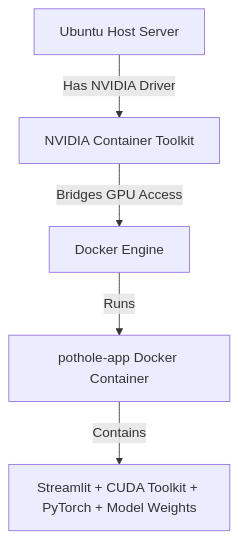
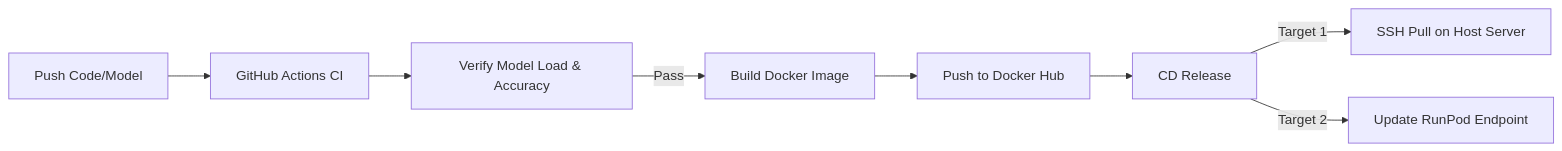
Before and after one commit to ssllsaiful/deployment: the diagram in AI-Deployment/deployment.md, drawn with Mermaid. The commit also changed other lines of this file and 3 other files, not shown here.

````diff
--- a/AI-Deployment/deployment.md
+++ b/AI-Deployment/deployment.md
@@ -77,7 +158,10 @@
 ```mermaid
-graph TD
-    A[Ubuntu Host Server] -->|Has NVIDIA Driver| B[NVIDIA Container Toolkit]
-    B -->|Bridges GPU Access| C[Docker Engine]
-    C -->|Runs| D[pothole-app Docker Container]
-    D -->|Contains| E[Streamlit + CUDA Toolkit + PyTorch + Model Weights]
+graph LR
+    A[Push Code/Model] --> B[GitHub Actions CI]
+    B --> C[Verify Model Load & Accuracy]
+    C -->|Pass| D[Build Docker Image]
+    D --> E[Push to Docker Hub]
+    E --> F[CD Release]
+    F -->|Target 1| G[SSH Pull on Host Server]
+    F -->|Target 2| H[Update RunPod Endpoint]
 ```
````
